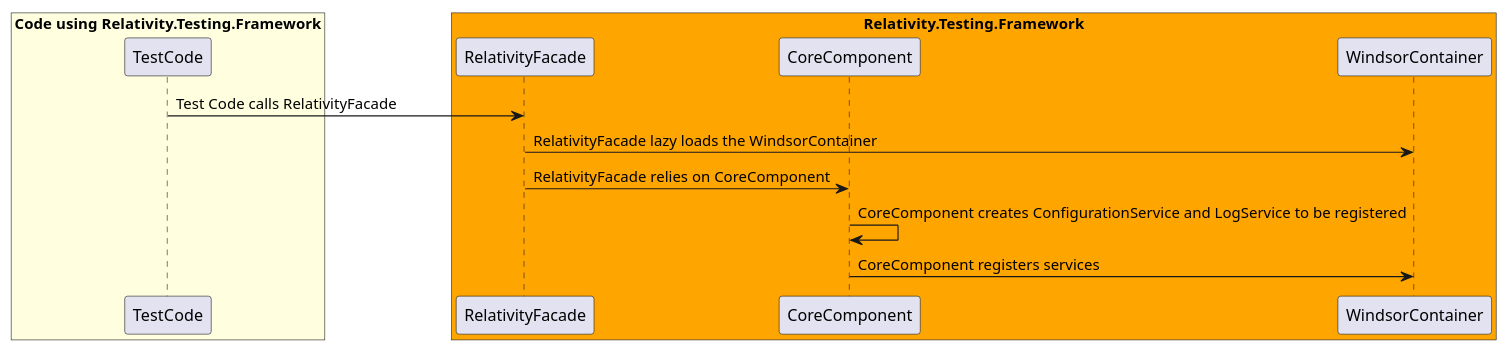
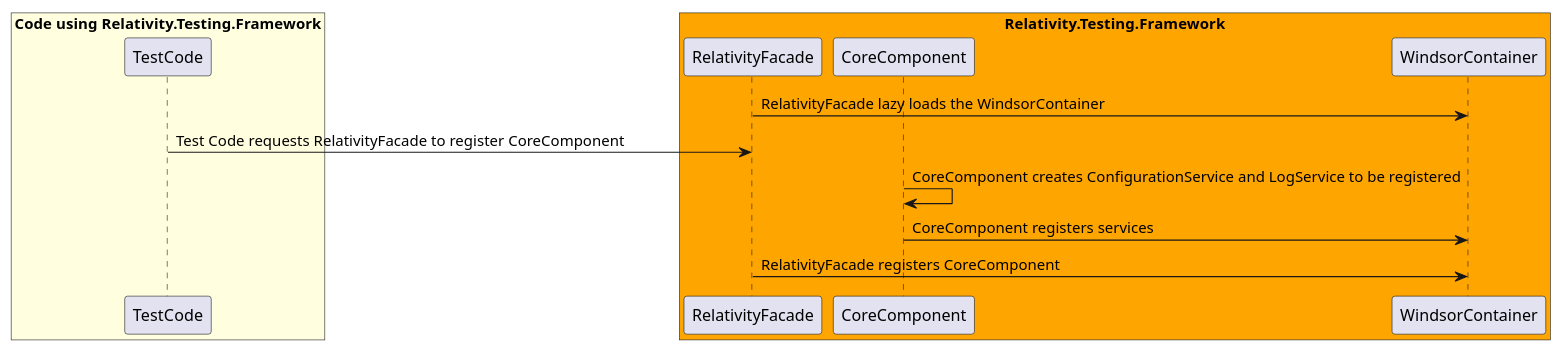
The diagram in docs/dev/SequenceDiagrams/UMLFiles/CoreComponent.iuml (relativitydev/relativity.testing.framework), drawn with PlantUML before and after one commit.

Commit message:
TESTENG-1465: Rethink the order of steps for CoreComponent initialization

```diff
--- a/docs/dev/SequenceDiagrams/UMLFiles/CoreComponent.iuml
+++ b/docs/dev/SequenceDiagrams/UMLFiles/CoreComponent.iuml
@@ -1,19 +1,19 @@
 @startuml Relativity.Testing.Framework CoreComponent Sequence Diagram
 
 box "Code using Relativity.Testing.Framework" #LightYellow
 participant "TestCode"
 end box
 
 box "Relativity.Testing.Framework" #Orange
 participant "RelativityFacade"
 participant "CoreComponent"
 participant "WindsorContainer"
 end box
 
-"TestCode" -> "RelativityFacade" : Test Code calls RelativityFacade
 "RelativityFacade" -> "WindsorContainer" : RelativityFacade lazy loads the WindsorContainer
-"RelativityFacade" -> "CoreComponent" : RelativityFacade relies on CoreComponent
+"TestCode" -> "RelativityFacade" : Test Code requests RelativityFacade to register CoreComponent
 "CoreComponent" -> "CoreComponent" : CoreComponent creates ConfigurationService and LogService to be registered
 "CoreComponent" -> "WindsorContainer" : CoreComponent registers services
+"RelativityFacade" -> "WindsorContainer" : RelativityFacade registers CoreComponent
 
 @enduml
```
